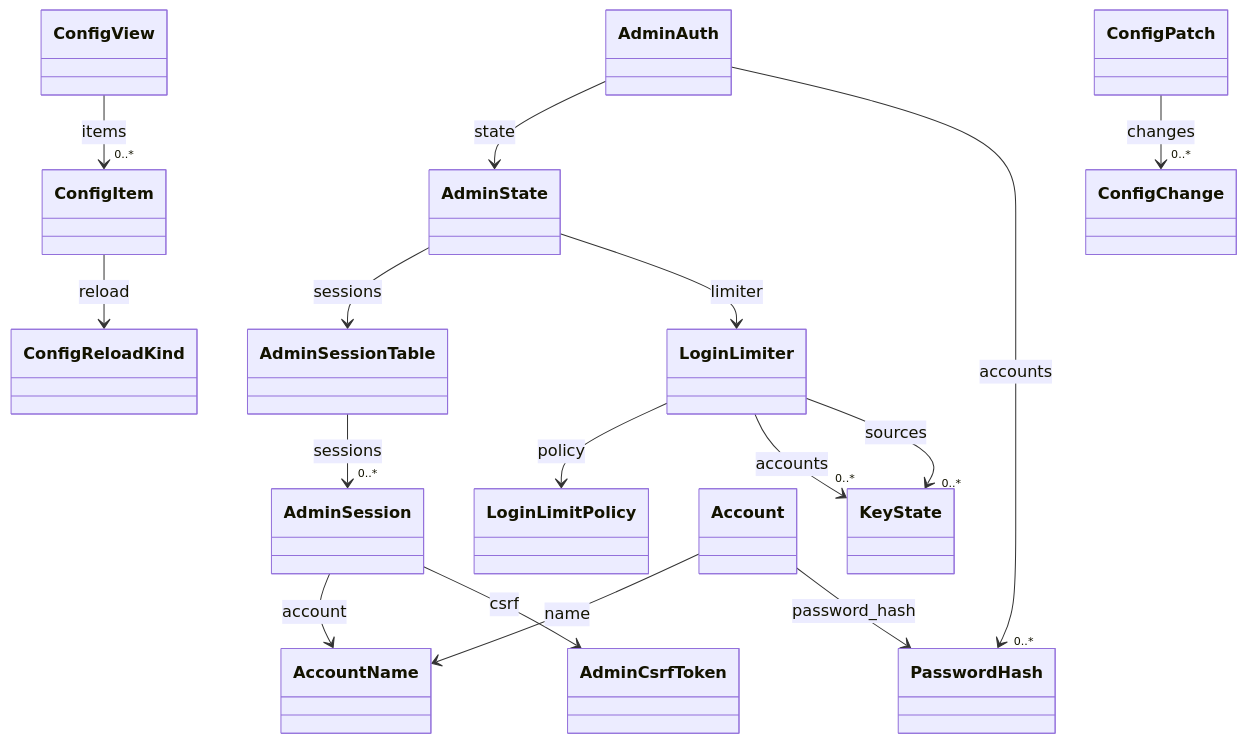
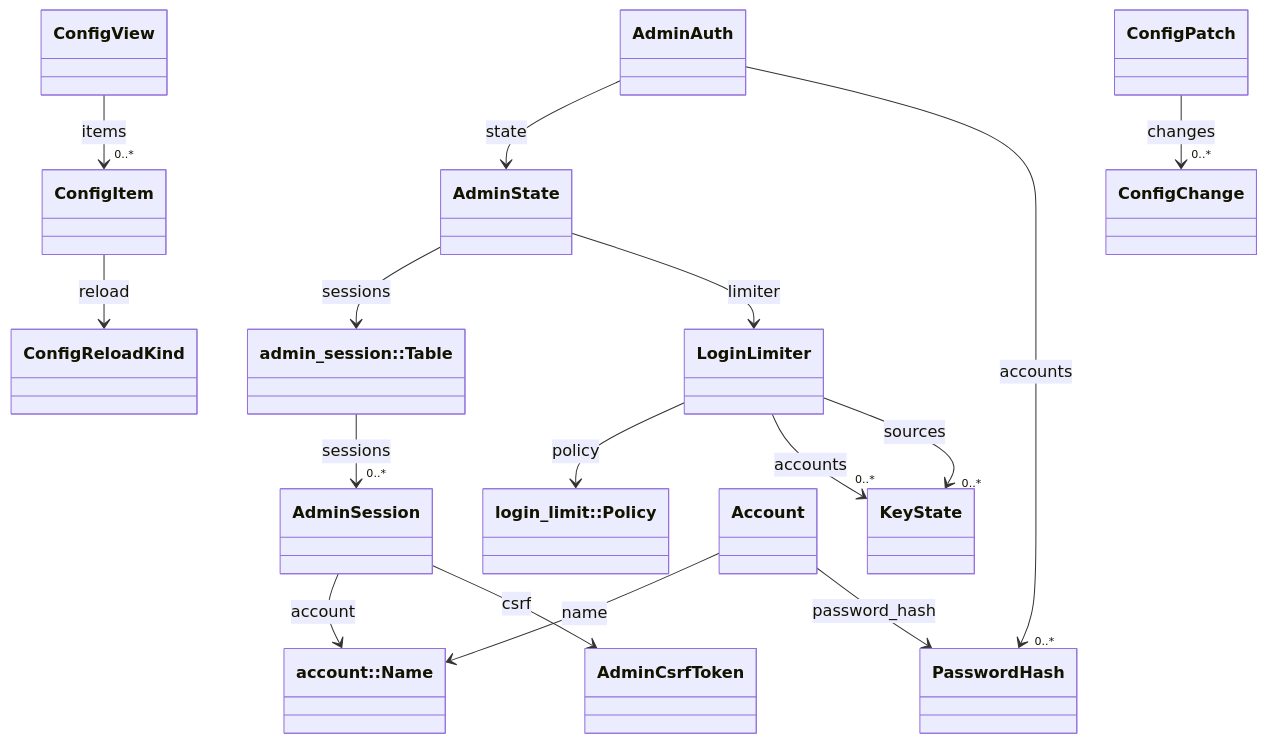
One commit to kayden-kim/vnc-relay changed the third of 6 diagrams in docs/architectures/domain-model.md. Above: the diagram before and after it, drawn with Mermaid. The commit also changed other lines of this file and 203 other files, not shown here.

````diff
--- a/docs/architectures/domain-model.md
+++ b/docs/architectures/domain-model.md
@@ -135,29 +135,29 @@
 ```mermaid
 classDiagram
     class AdminAuth
     class AdminState
-    class AdminSessionTable
+    class `admin_session::Table`
     class AdminSession
     class LoginLimiter
     class KeyState
     class Account
     class ConfigView
     class ConfigItem
     class ConfigPatch
     class ConfigChange
     AdminAuth --> AdminState : state
     AdminAuth --> "0..*" PasswordHash : accounts
-    AdminState --> AdminSessionTable : sessions
+    AdminState --> `admin_session::Table` : sessions
     AdminState --> LoginLimiter : limiter
-    AdminSessionTable --> "0..*" AdminSession : sessions
-    AdminSession --> AccountName : account
+    `admin_session::Table` --> "0..*" AdminSession : sessions
+    AdminSession --> `account::Name` : account
     AdminSession --> AdminCsrfToken : csrf
-    LoginLimiter --> LoginLimitPolicy : policy
+    LoginLimiter --> `login_limit::Policy` : policy
     LoginLimiter --> "0..*" KeyState : accounts
     LoginLimiter --> "0..*" KeyState : sources
-    Account --> AccountName : name
+    Account --> `account::Name` : name
     Account --> PasswordHash : password_hash
     ConfigView --> "0..*" ConfigItem : items
     ConfigItem --> ConfigReloadKind : reload
     ConfigPatch --> "0..*" ConfigChange : changes
 ```
````
